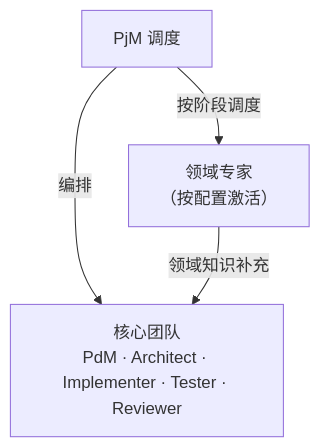
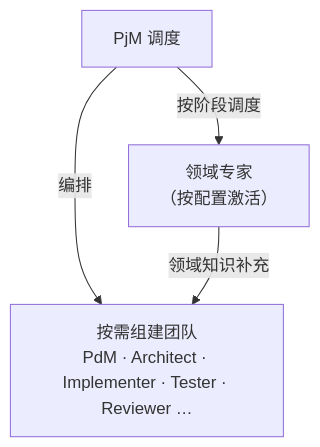
One commit to lordmos/dev-crew changed the diagram in agents/README.md. Above: the diagram before and after it, drawn with Mermaid. The commit also changed other lines of this file and 25 other files, not shown here.

````diff
--- a/agents/README.md
+++ b/agents/README.md
@@ -121,10 +121,10 @@
 ```mermaid
 graph TD
     PjM["PjM 调度"]
-    Core["核心团队<br>PdM · Architect · Implementer · Tester · Reviewer"]
+    Team["按需组建团队<br>PdM · Architect · Implementer · Tester · Reviewer …"]
     Spec["领域专家<br>（按配置激活）"]
     
-    PjM -->|编排| Core
+    PjM -->|编排| Team
     PjM -->|按阶段调度| Spec
-    Spec -->|领域知识补充| Core
+    Spec -->|领域知识补充| Team
 ```
````
